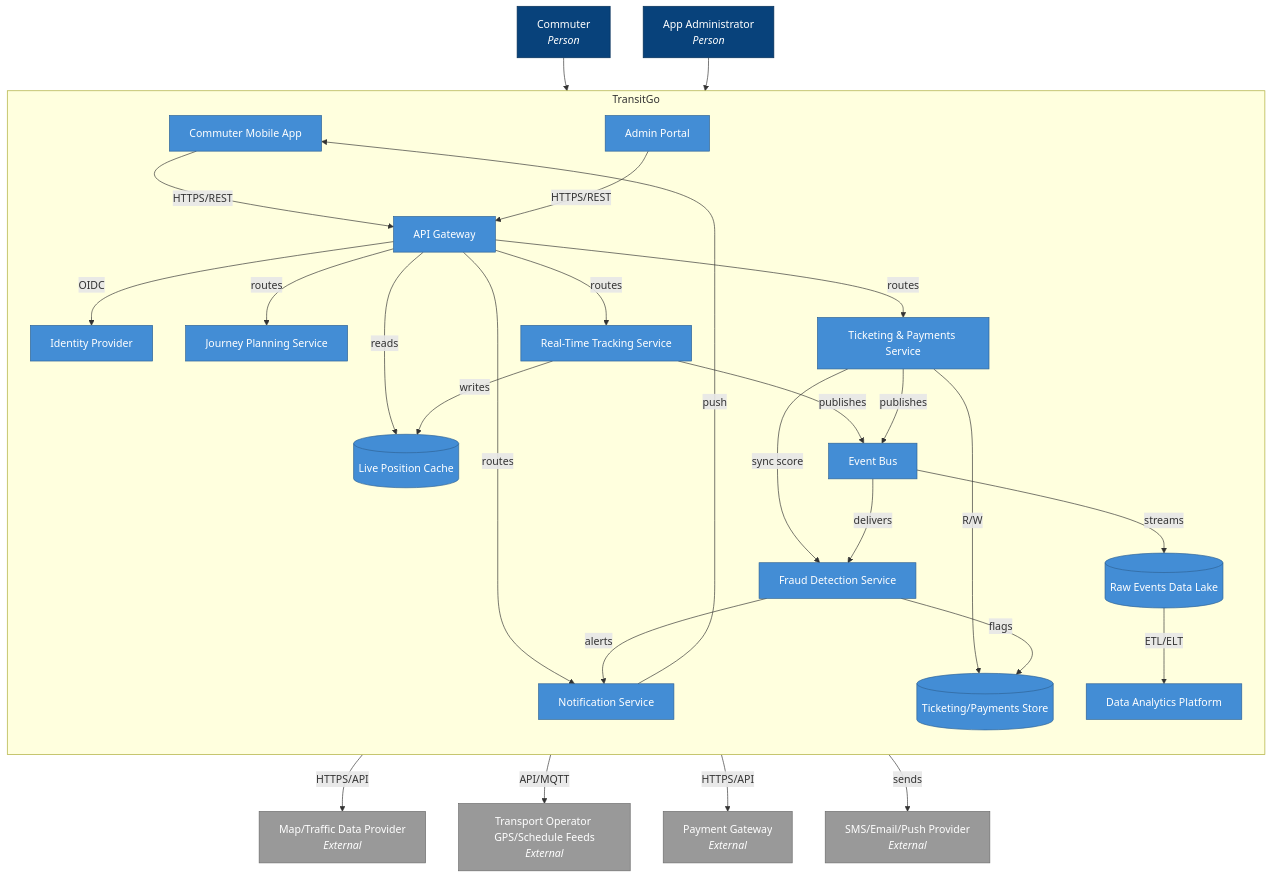
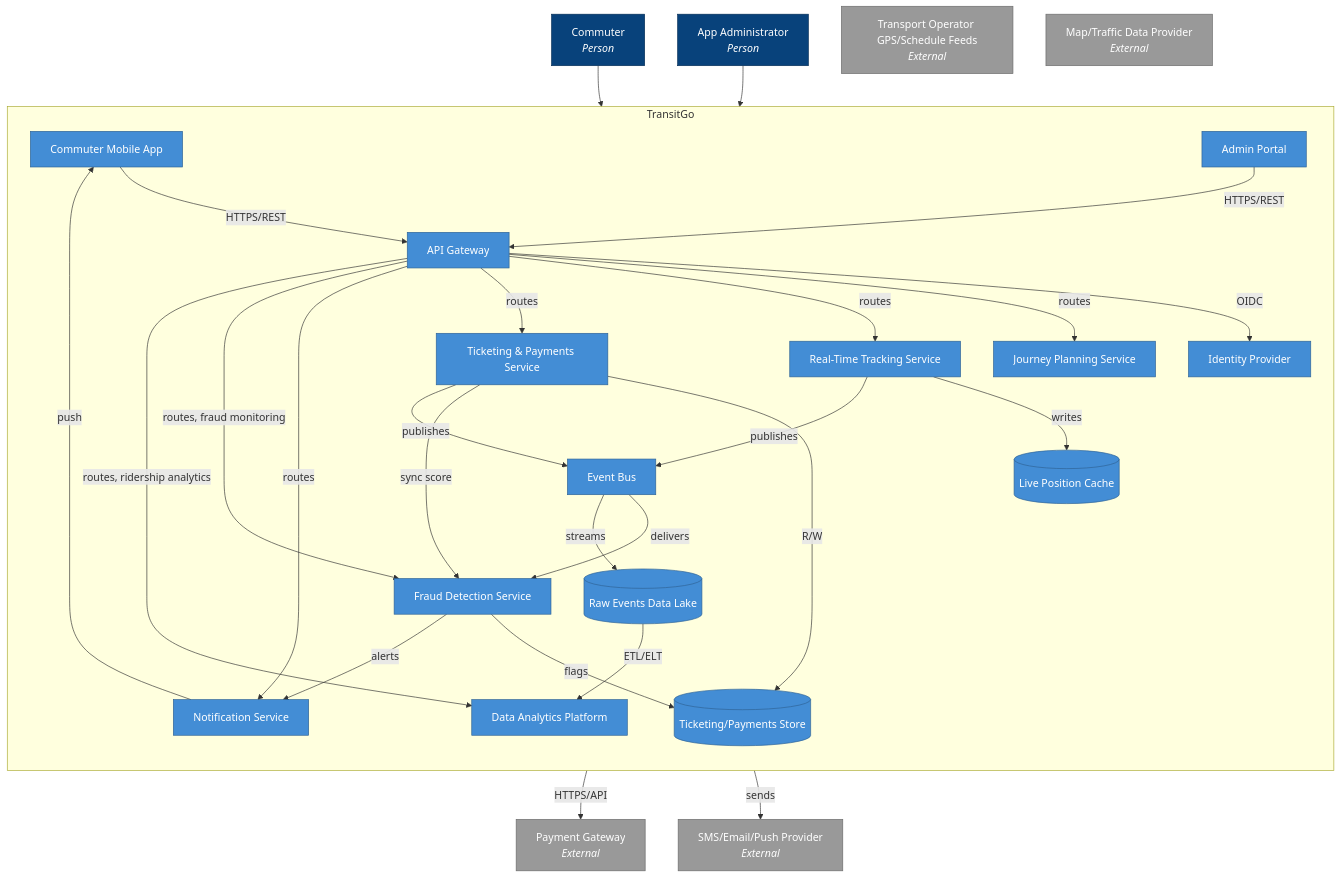
The diagram in 02_3.2-3.4_container-diagram.mmd (Malachi-H/SoftwareArchitectureDiagramsSource), drawn with Mermaid before and after one commit. The commit also changed 2 other files, not shown here.

Commit message:
Updated C4 diagram like consistency with the doc

```diff
--- a/02_3.2-3.4_container-diagram.mmd
+++ b/02_3.2-3.4_container-diagram.mmd
@@ -1,56 +1,55 @@
 %% title Container diagram for TransitGo
 flowchart TD
     classDef person fill:#08427b,stroke:#052e56,color:#fff
     classDef ext fill:#999999,stroke:#6b6b6b,color:#fff
     classDef container fill:#438dd5,stroke:#2e6295,color:#fff
 
     commuter["Commuter<br/><i>Person</i>"]:::person
     admin["App Administrator<br/><i>Person</i>"]:::person
     payment["Payment Gateway<br/><i>External</i>"]:::ext
     opfeeds["Transport Operator GPS/Schedule Feeds<br/><i>External</i>"]:::ext
     mapdata["Map/Traffic Data Provider<br/><i>External</i>"]:::ext
     notifyext["SMS/Email/Push Provider<br/><i>External</i>"]:::ext
 
     subgraph TransitGo
         direction TB
         mobile["Commuter Mobile App"]:::container
         adminportal["Admin Portal"]:::container
         gateway["API Gateway"]:::container
         idp["Identity Provider"]:::container
         journey["Journey Planning Service"]:::container
         tracking["Real-Time Tracking Service"]:::container
         ticketing["Ticketing & Payments Service"]:::container
         fraud["Fraud Detection Service"]:::container
         notification["Notification Service"]:::container
         analytics["Data Analytics Platform"]:::container
         cache[("Live Position Cache")]:::container
         store[("Ticketing/Payments Store")]:::container
         lake[("Raw Events Data Lake")]:::container
         bus["Event Bus"]:::container
     end
 
     commuter --> mobile
     admin --> adminportal
     mobile -->|HTTPS/REST| gateway
     adminportal -->|HTTPS/REST| gateway
     gateway -->|OIDC| idp
     gateway -->|routes| journey
     gateway -->|routes| tracking
     gateway -->|routes| ticketing
     gateway -->|routes| notification
-    gateway -->|reads| cache
-    journey -->|HTTPS/API| mapdata
-    tracking -->|API/MQTT| opfeeds
+    gateway -->|routes, fraud monitoring| fraud
+    gateway -->|routes, ridership analytics| analytics
     tracking -->|writes| cache
     tracking -->|publishes| bus
     ticketing -->|HTTPS/API| payment
     ticketing -->|R/W| store
     ticketing -->|sync score| fraud
     ticketing -->|publishes| bus
     bus -->|delivers| fraud
     bus -->|streams| lake
     fraud -->|flags| store
     fraud -->|alerts| notification
     lake -->|ETL/ELT| analytics
     notification -->|sends| notifyext
     notification -->|push| mobile
```
